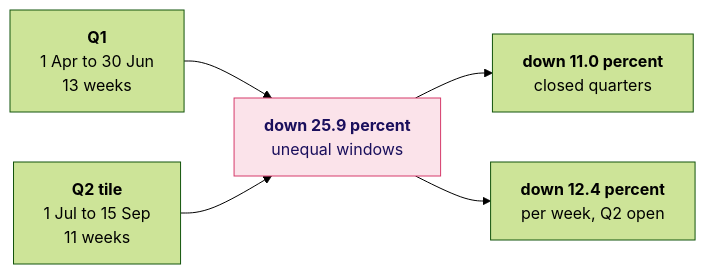
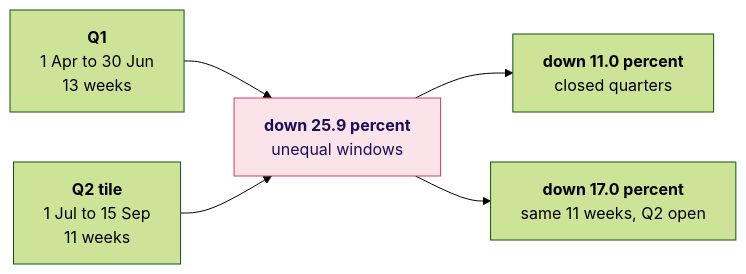
One commit to fde-academy-lab/c2-content-factory changed the second of 6 diagrams in content/W01/D2/whiteboards/C2_W01_D02_board_work_STUDENT.md. Above: the diagram before and after it, drawn with Mermaid (forest theme). The commit also changed 32 other files, not shown here.

````diff
--- a/content/W01/D2/whiteboards/C2_W01_D02_board_work_STUDENT.md
+++ b/content/W01/D2/whiteboards/C2_W01_D02_board_work_STUDENT.md
@@ -39,9 +39,9 @@
 ```mermaid
 flowchart LR
     A["<b>Q1</b><br/>1 Apr to 30 Jun<br/>13 weeks"] --> X["<b>down 25.9 percent</b><br/>unequal windows"]
     B["<b>Q2 tile</b><br/>1 Jul to 15 Sep<br/>11 weeks"] --> X
     X --> Y["<b>down 11.0 percent</b><br/>closed quarters"]
-    X --> Z["<b>down 12.4 percent</b><br/>per week, Q2 open"]
+    X --> Z["<b>down 17.0 percent</b><br/>same 11 weeks, Q2 open"]
     classDef bad fill:#FBE3EA,stroke:#D63A6A,color:#1A0F5C
     class X bad
 ```
````
